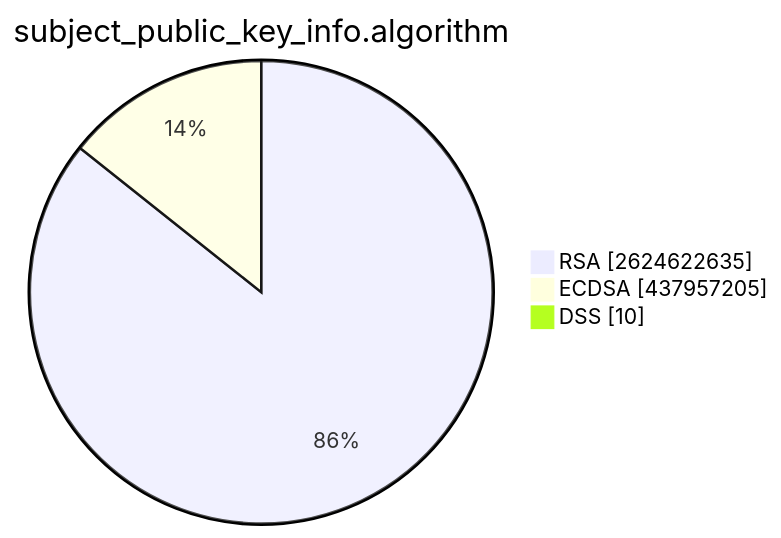
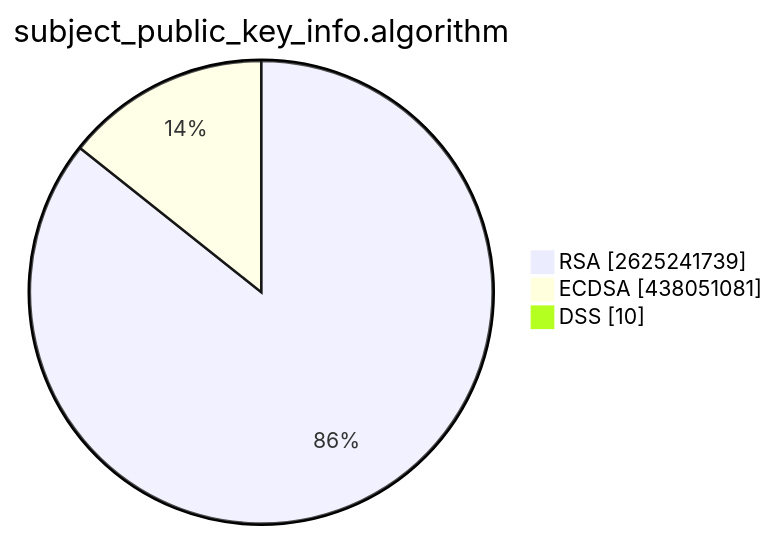
The second of 15 diagrams in TOTAL/README.md (christiankrug/ctmonitor_visualization), drawn with Mermaid before and after one commit. The commit also changed other lines of this file, not shown here.

````diff
--- a/TOTAL/README.md
+++ b/TOTAL/README.md
@@ -6,7 +6,7 @@
 ```mermaid
 pie showData
 title subject_public_key_info.algorithm
-"RSA" :2624622635
-"ECDSA" :437957205
+"RSA" :2625241739
+"ECDSA" :438051081
 "DSS" :10
 ```
````
